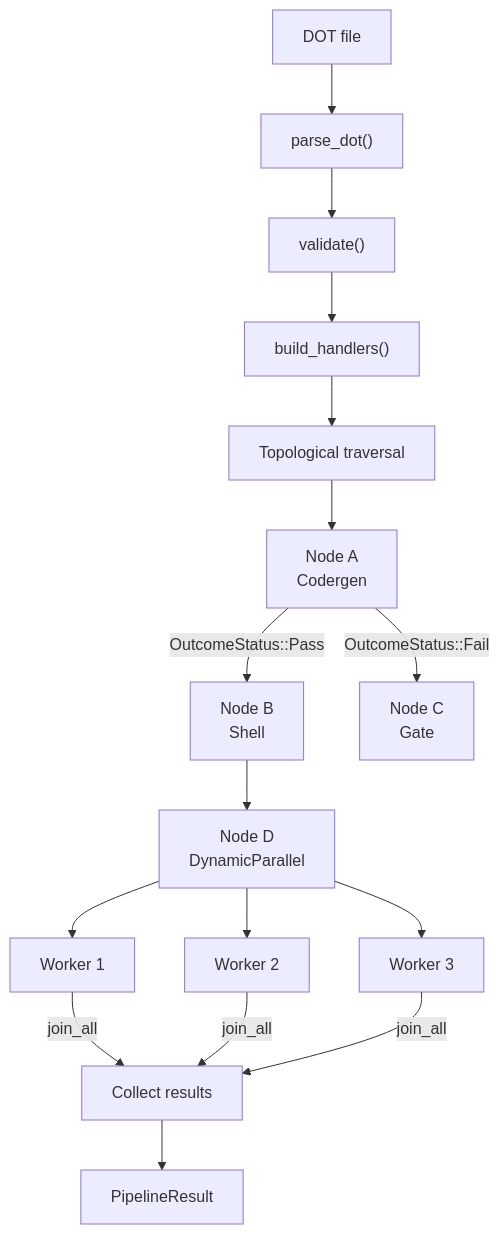
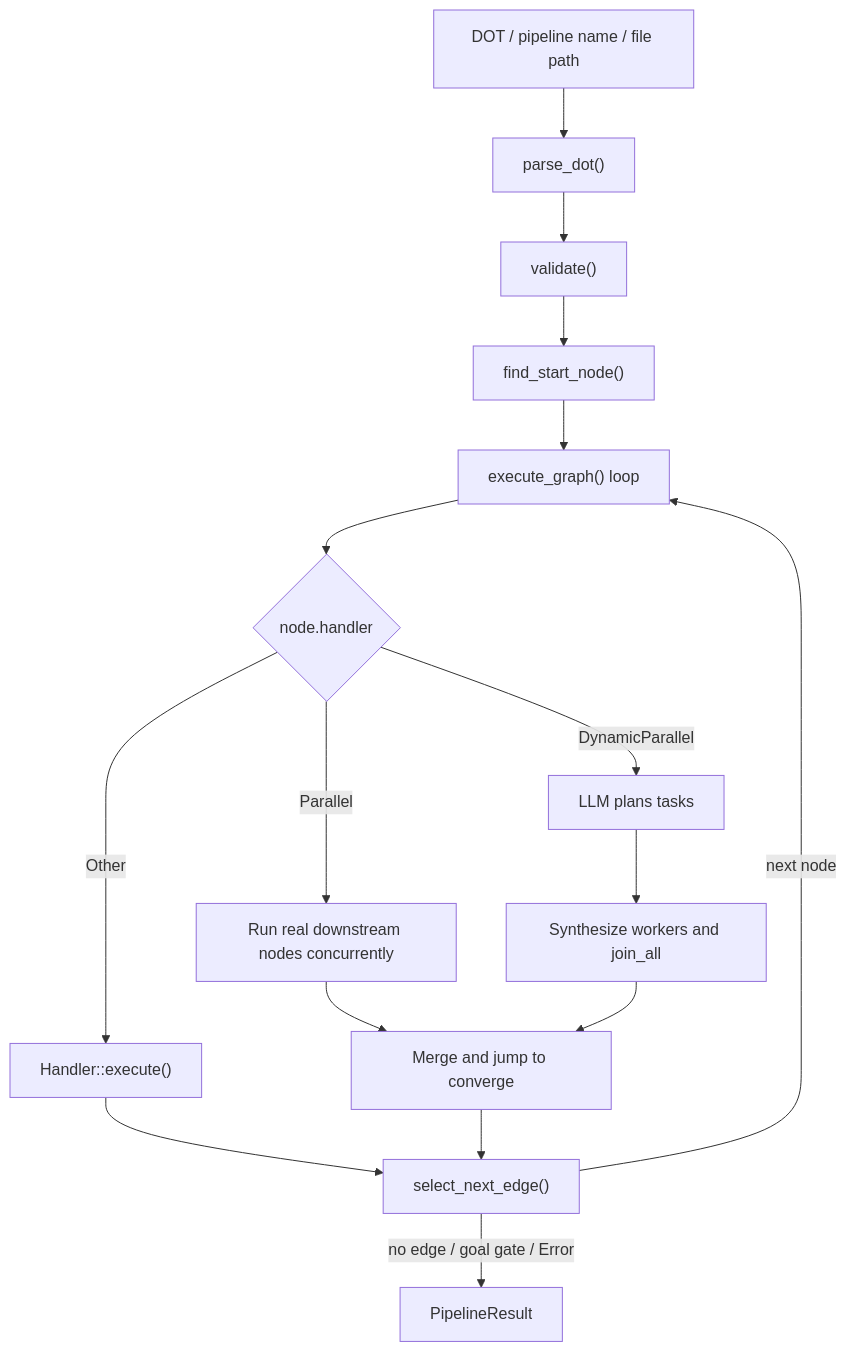
The second of 3 diagrams in book-en/src/part3/ch12.md (ZhangHanDong/octos-book), drawn with Mermaid before and after one commit. The commit also changed other lines of this file and 13 other files, not shown here.

````diff
--- a/book-en/src/part3/ch12.md
+++ b/book-en/src/part3/ch12.md
@@ -242,15 +175,20 @@
 ```mermaid
 flowchart TD
-    DOT["DOT file"] --> Parse["parse_dot()"]
+    DOT["DOT / pipeline name / file path"] --> Parse["parse_dot()"]
     Parse --> Validate["validate()"]
-    Validate --> Build["build_handlers()"]
-    Build --> Topo["Topological traversal"]
+    Validate --> Start["find_start_node()"]
+    Start --> Loop["execute_graph() loop"]
 
-    Topo --> N1["Node A<br/>Codergen"]
-    N1 -->|"OutcomeStatus::Pass"| N2["Node B<br/>Shell"]
-    N1 -->|"OutcomeStatus::Fail"| N3["Node C<br/>Gate"]
-    N2 --> N4["Node D<br/>DynamicParallel"]
-    N4 --> W1["Worker 1"] & W2["Worker 2"] & W3["Worker 3"]
-    W1 & W2 & W3 -->|"join_all"| Collect["Collect results"]
-    Collect --> Result["PipelineResult"]
+    Loop --> Kind{node.handler}
+    Kind -->|Parallel| PFan["Run real downstream nodes concurrently"]
+    Kind -->|DynamicParallel| DPlan["LLM plans tasks"]
+    Kind -->|Other| Normal["Handler::execute()"]
+
+    PFan --> Merge["Merge and jump to converge"]
+    DPlan --> Workers["Synthesize workers and join_all"]
+    Workers --> Merge
+    Normal --> Select["select_next_edge()"]
+    Merge --> Select
+    Select -->|next node| Loop
+    Select -->|no edge / goal gate / Error| Done["PipelineResult"]
 ```
````
